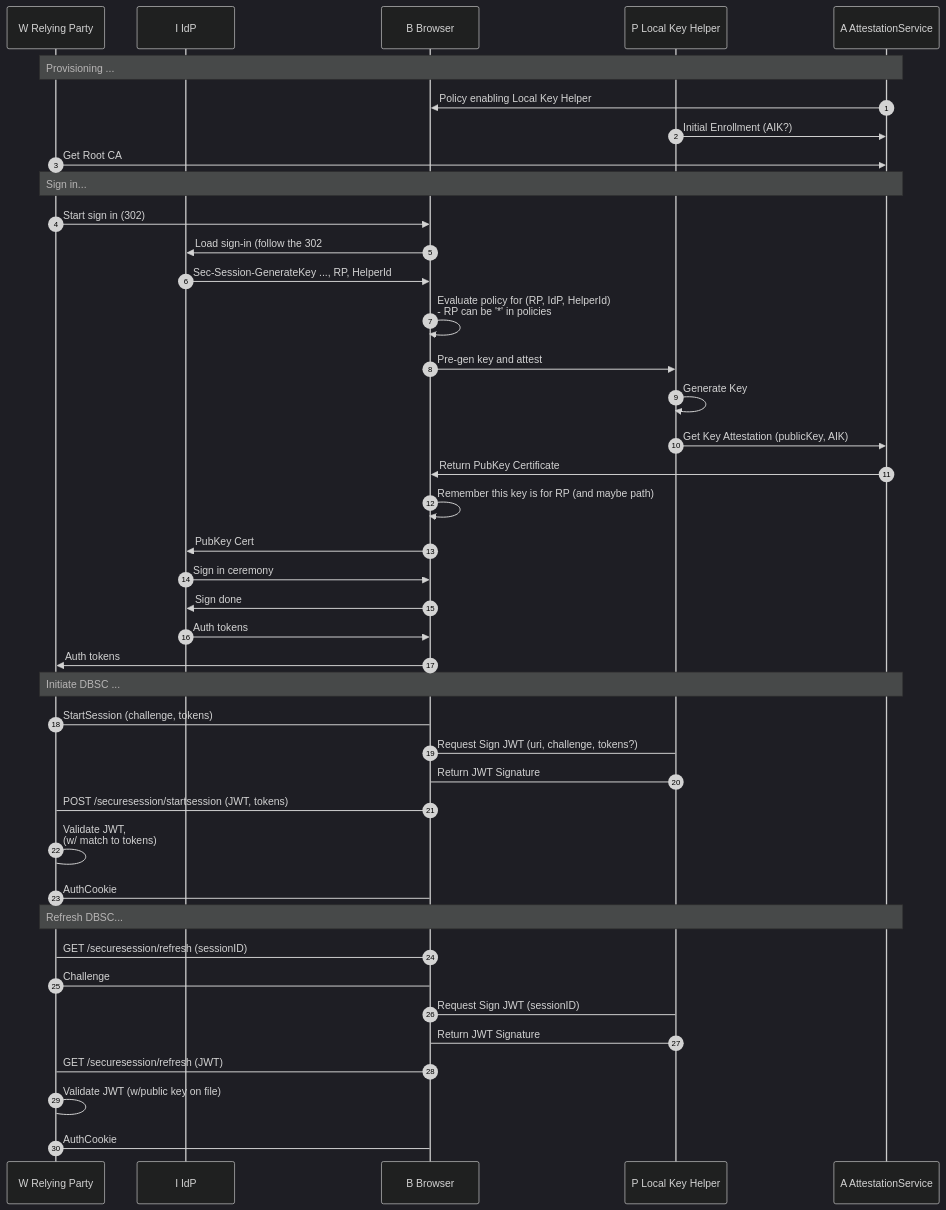
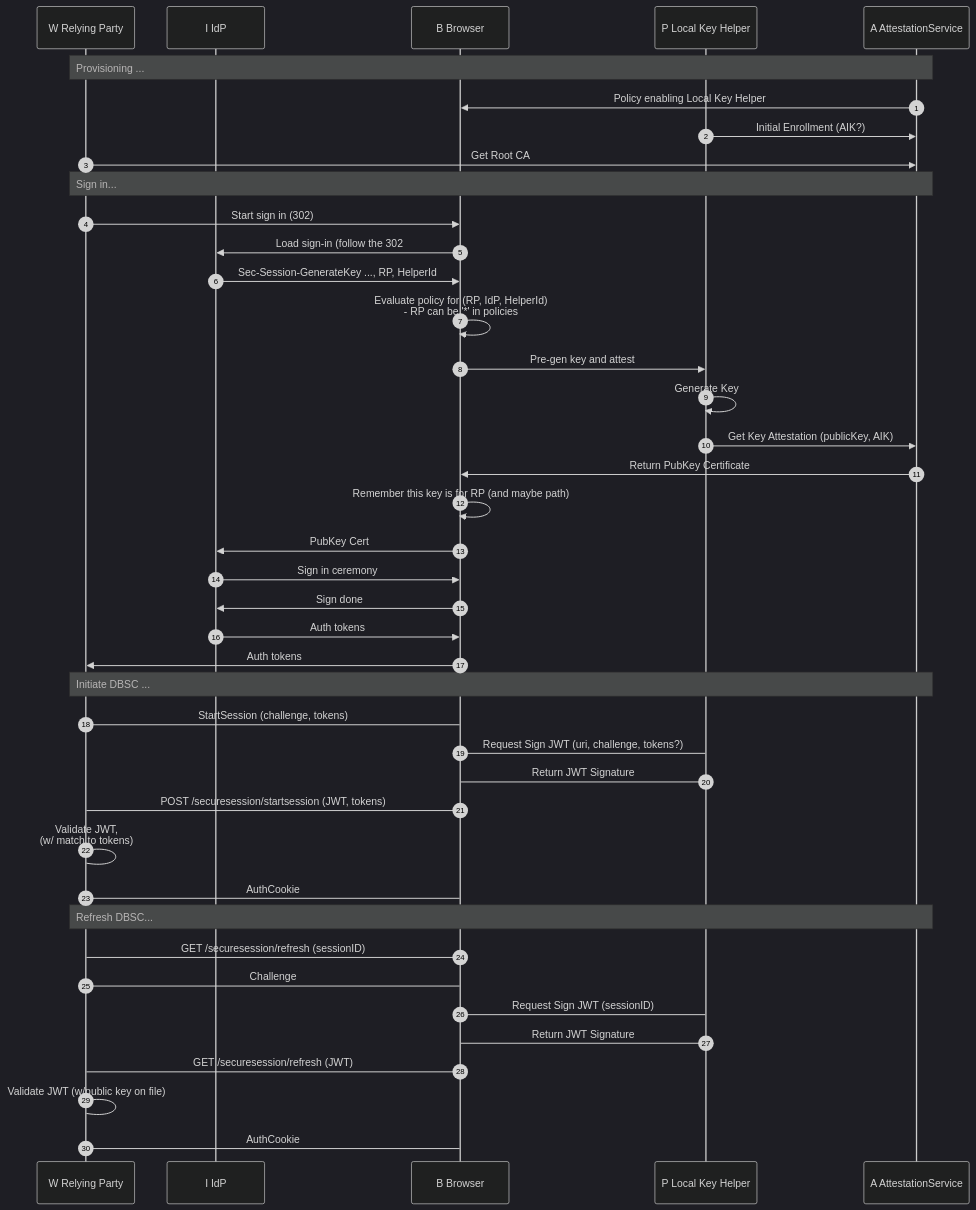
One commit to alextok/dbsc-discussions changed the diagram in README.md. Above: the diagram before and after it, drawn with Mermaid (dark theme).

`````````diff
--- a/README.md
+++ b/README.md
@@ -5,52 +5,52 @@
 ```mermaid
 sequenceDiagram
-%%{ init: { 'sequence': { 'noteAlign': 'left', 'messageAlign': 'left'} } }%%
+%%{ init: { 'sequence': { 'noteAlign': 'left'} } }%%
 autonumber
 participant W as W Relying Party
 participant I as I IdP
 participant B as B Browser
 participant P as P Local Key Helper
 participant A as A AttestationService
  
 Note over W, A: Provisioning ...
 A->>B: Policy enabling Local Key Helper
 P->>A: Initial Enrollment (AIK?)
 W->>A: Get Root CA
 Note over W, A: Sign in...
 W->>B: Start sign in (302)
 B->>I: Load sign-in (follow the 302
  
  
 I->>B: Sec-Session-GenerateKey ..., RP, HelperId
 B->>B: Evaluate policy for (RP, IdP, HelperId)<br/> - RP can be '*' in policies
 B->>P: Pre-gen key and attest
  
 P->>P: Generate Key
  
 P->>A: Get Key Attestation (publicKey, AIK)
 A->>B: Return PubKey Certificate
 B->>B: Remember this key is for RP (and maybe path)
 B->>I: PubKey Cert
  
 I->>B: Sign in ceremony
 B->>I: Sign done
  
 I->>B: Auth tokens
 B->>W: Auth tokens
  
 Note over W, A: Initiate DBSC ...
 W->B: StartSession (challenge, tokens)
 B->P: Request Sign JWT (uri, challenge, tokens?)
 P->B: Return JWT Signature
 B->W: POST /securesession/startsession (JWT, tokens)
 W->W: Validate JWT, <br/>(w/ match to tokens)
 W->B: AuthCookie
 Note over W, A: Refresh DBSC...
 B->W: GET /securesession/refresh (sessionID)
 W->B: Challenge
 B->P: Request Sign JWT (sessionID)
 P->B: Return JWT Signature
 B->W: GET /securesession/refresh (JWT)
 W->W: Validate JWT (w/public key on file)
 W->B: AuthCookie
 ````````
`````````
